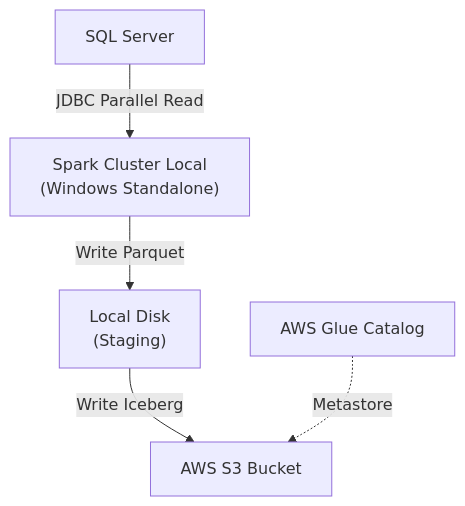
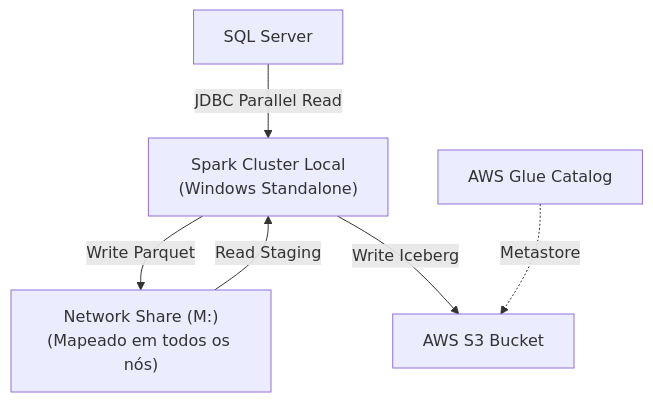
One commit to Marcus-Holanda777/spark-windows-glue changed the diagram in README.md. Above: the diagram before and after it, drawn with Mermaid. The commit also changed other lines of this file, not shown here.

````diff
--- a/README.md
+++ b/README.md
@@ -13,7 +13,9 @@
 ```mermaid
 graph TD
     SQL[SQL Server] -->|JDBC Parallel Read| Spark["Spark Cluster Local<br>(Windows Standalone)"]
-    Spark -->|Write Parquet| LocalStaging["Local Disk<br>(Staging)"]
-    LocalStaging -->|Write Iceberg| S3[AWS S3 Bucket]
+    Spark -->|Write Parquet| SharedDrive["Network Share (M:)<br>(Mapeado em todos os nós)"]
+    SharedDrive -->|Read Staging| Spark
+    Spark -->|Write Iceberg| S3[AWS S3 Bucket]
     Glue[AWS Glue Catalog] -.->|Metastore| S3
+
 ```
````
